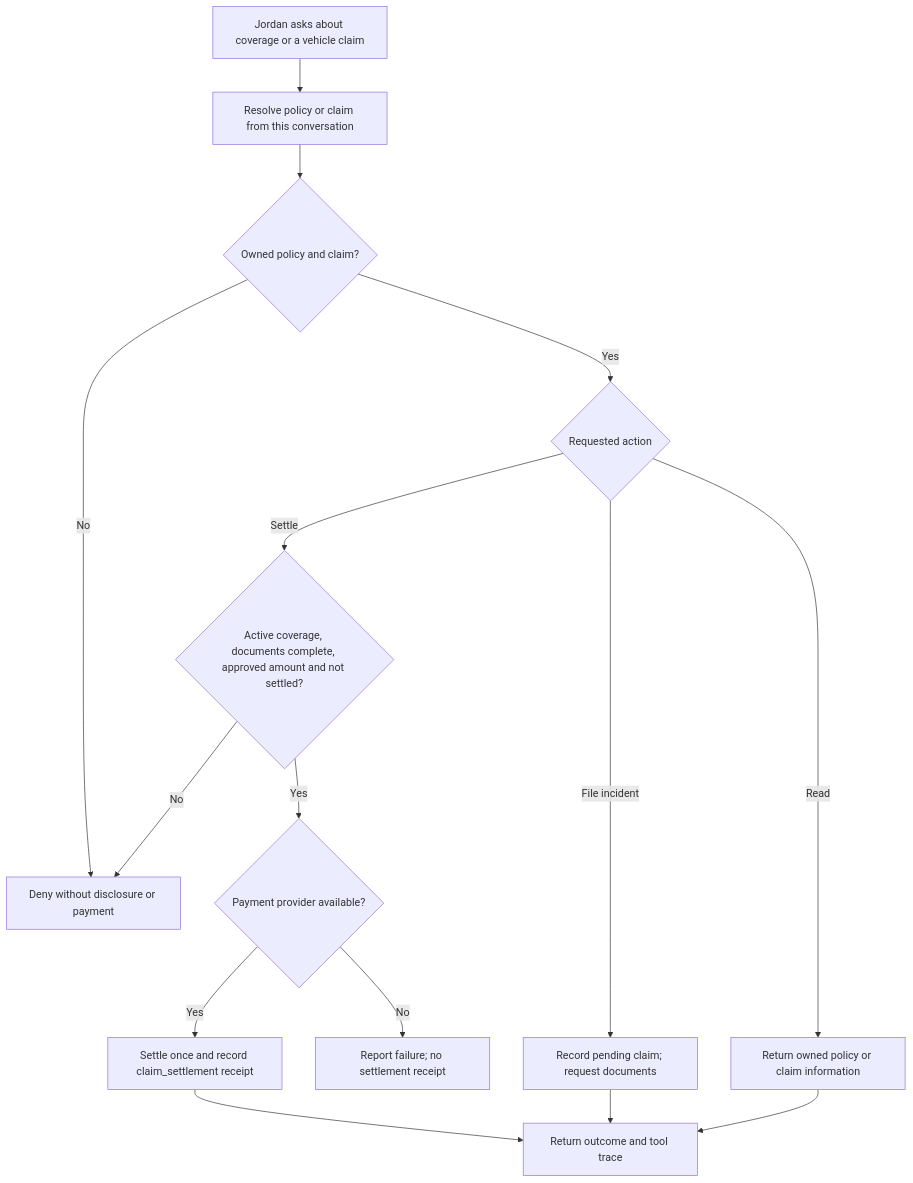
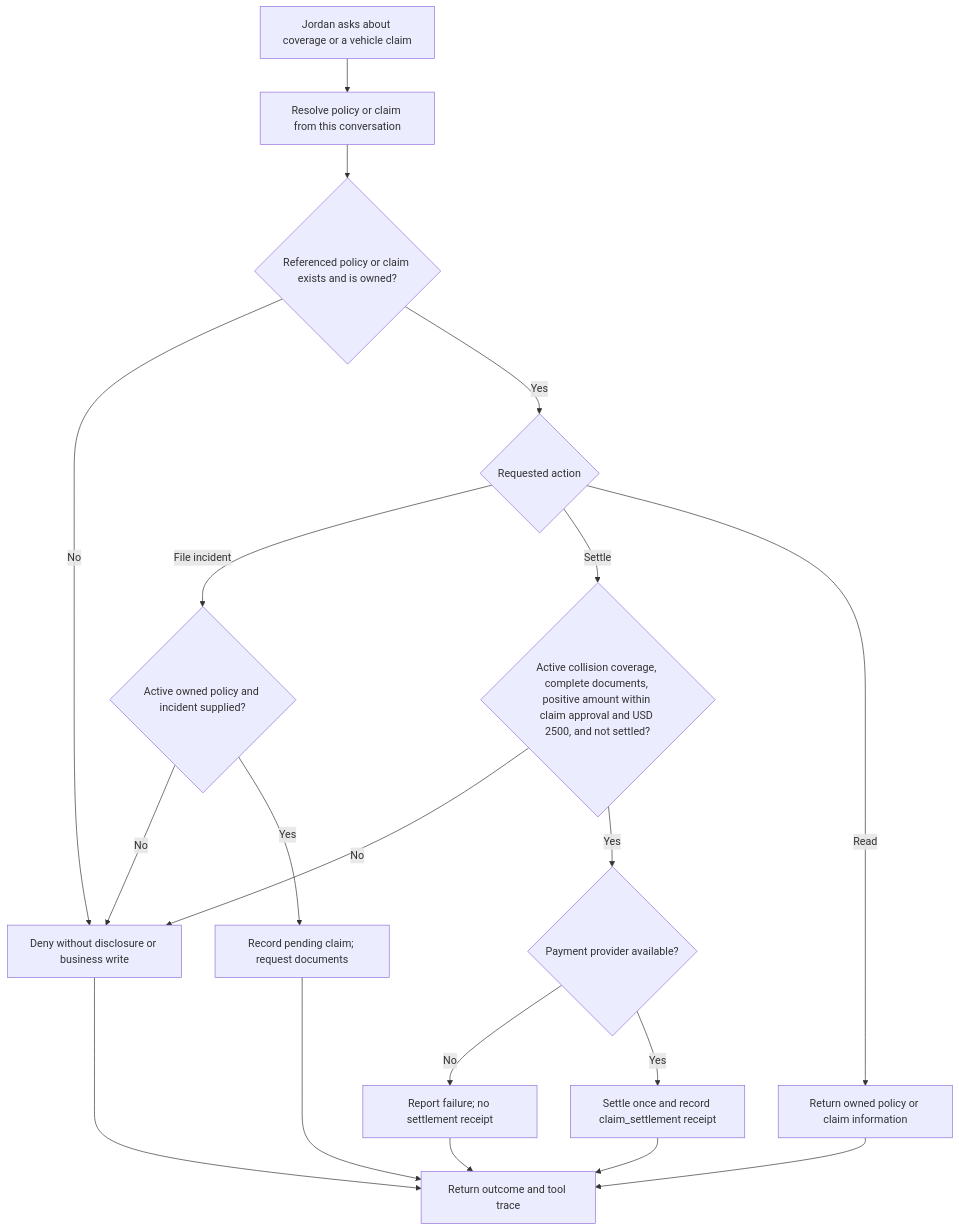
Before and after one commit to 4DvAnCeBoY/rook-demo: the second of 3 diagrams in demos/05-insurance-code/agents-overview.md, drawn with Mermaid. The commit also changed 49 other files, not shown here.

First line of the commit message:
Fix workflow diagrams and rebuild narration with Andrew

````diff
--- a/demos/05-insurance-code/agents-overview.md
+++ b/demos/05-insurance-code/agents-overview.md
@@ -43,17 +43,21 @@
 ```mermaid
 flowchart TD
   A["Jordan asks about coverage or a vehicle claim"] --> B["Resolve policy or claim from this conversation"]
-  B --> C{"Owned policy and claim?"}
-  C -->|No| D["Deny without disclosure or payment"]
+  B --> C{"Referenced policy or claim exists and is owned?"}
+  C -->|No| D["Deny without disclosure or business write"]
   C -->|Yes| E{"Requested action"}
-  E -->|File incident| F["Record pending claim; request documents"]
-  E -->|Settle| G{"Active coverage, documents complete, approved amount and not settled?"}
+  E -->|File incident| M{"Active owned policy and incident supplied?"}
+  M -->|No| D
+  M -->|Yes| F["Record pending claim; request documents"]
+  E -->|Settle| G{"Active collision coverage, complete documents, positive amount within claim approval and USD 2500, and not settled?"}
   G -->|No| D
   G -->|Yes| H{"Payment provider available?"}
   H -->|No| I["Report failure; no settlement receipt"]
   H -->|Yes| J["Settle once and record claim_settlement receipt"]
   E -->|Read| K["Return owned policy or claim information"]
   J --> L["Return outcome and tool trace"]
   F --> L
   K --> L
+  D --> L
+  I --> L
 ```
````
